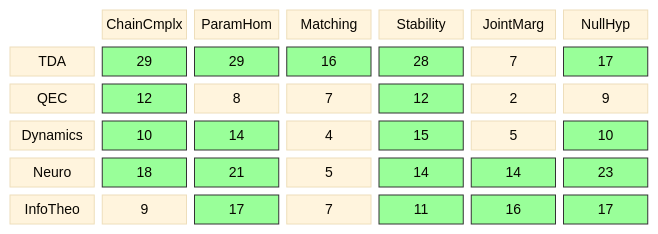
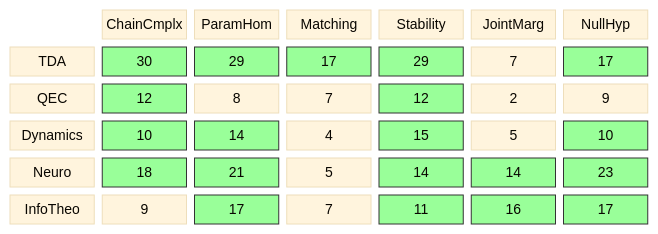
Before and after one commit to musicofhel/topoyolo: the diagram in diagrams/coverage-matrix.md, drawn with Mermaid. The commit also changed other lines of this file and 6 other files, not shown here.

````diff
--- a/diagrams/coverage-matrix.md
+++ b/diagrams/coverage-matrix.md
@@ -21,33 +21,33 @@
 ```mermaid
 %%{init: {'theme': 'base', 'themeVariables': {'fontSize': '14px'}}}%%
 block-beta
   columns 7
 
   space:1 CC["ChainCmplx"] PH["ParamHom"] MA["Matching"] ST["Stability"] JM["JointMarg"] NH["NullHyp"]
 
-  TDA["TDA"] TDA_CC["29"] TDA_PH["29"] TDA_MA["16"] TDA_ST["28"] TDA_JM["7"] TDA_NH["17"]
+  TDA["TDA"] TDA_CC["30"] TDA_PH["29"] TDA_MA["17"] TDA_ST["29"] TDA_JM["7"] TDA_NH["17"]
   QEC["QEC"] QEC_CC["12"] QEC_PH["8"] QEC_MA["7"] QEC_ST["12"] QEC_JM["2"] QEC_NH["9"]
   DYN["Dynamics"] DYN_CC["10"] DYN_PH["14"] DYN_MA["4"] DYN_ST["15"] DYN_JM["5"] DYN_NH["10"]
   NEU["Neuro"] NEU_CC["18"] NEU_PH["21"] NEU_MA["5"] NEU_ST["14"] NEU_JM["14"] NEU_NH["23"]
   IT["InfoTheo"] IT_CC["9"] IT_PH["17"] IT_MA["7"] IT_ST["11"] IT_JM["16"] IT_NH["17"]
   style TDA_CC fill:#9f9,stroke:#333
   style TDA_PH fill:#9f9,stroke:#333
   style TDA_MA fill:#9f9,stroke:#333
   style TDA_ST fill:#9f9,stroke:#333
   style TDA_NH fill:#9f9,stroke:#333
   style QEC_CC fill:#9f9,stroke:#333
   style QEC_ST fill:#9f9,stroke:#333
   style DYN_CC fill:#9f9,stroke:#333
   style DYN_PH fill:#9f9,stroke:#333
   style DYN_ST fill:#9f9,stroke:#333
   style DYN_NH fill:#9f9,stroke:#333
   style NEU_CC fill:#9f9,stroke:#333
   style NEU_PH fill:#9f9,stroke:#333
   style NEU_ST fill:#9f9,stroke:#333
   style NEU_JM fill:#9f9,stroke:#333
   style NEU_NH fill:#9f9,stroke:#333
   style IT_PH fill:#9f9,stroke:#333
   style IT_ST fill:#9f9,stroke:#333
   style IT_JM fill:#9f9,stroke:#333
   style IT_NH fill:#9f9,stroke:#333
 ```
````
